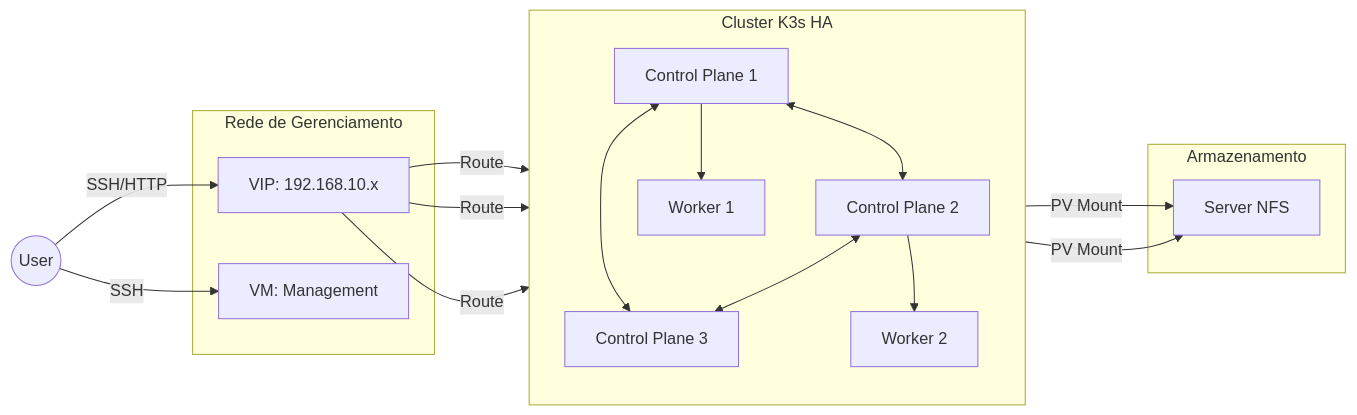
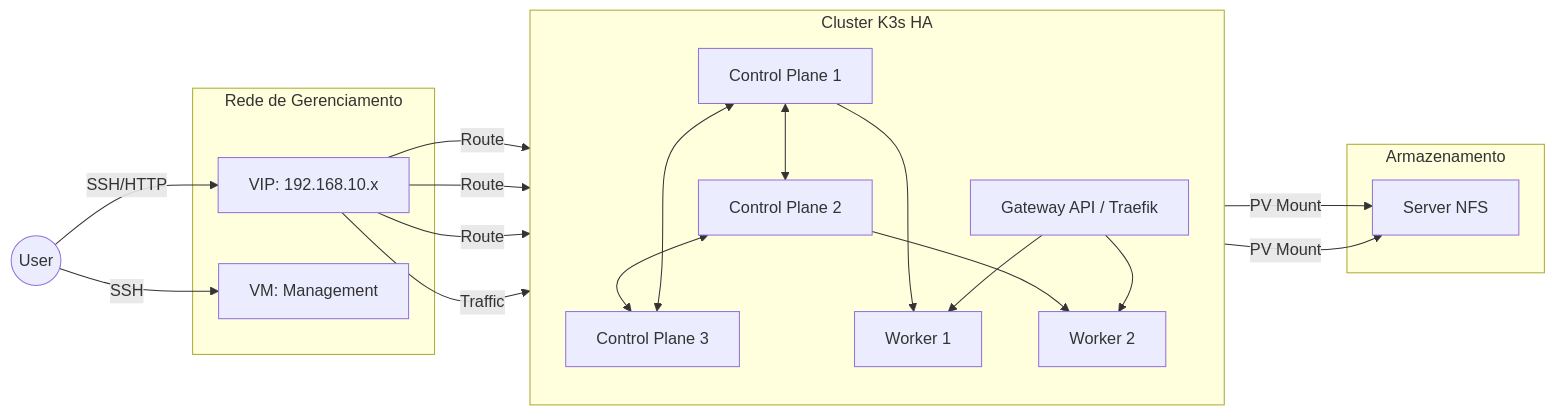
The diagram in scripts-k3s-kubernetes-v2/README.md (hugllaslima/proxmox-ve-automation), drawn with Mermaid before and after one commit. The commit also changed other lines of this file and 5 other files, not shown here.

````diff
--- a/scripts-k3s-kubernetes-v2/README.md
+++ b/scripts-k3s-kubernetes-v2/README.md
@@ -64,31 +64,35 @@
 ```mermaid
 graph LR
     User((User)) -->|SSH/HTTP| MetalLB
     User -->|SSH| Management
     
     subgraph Management_Net [Rede de Gerenciamento]
         Management[VM: Management]
         MetalLB[VIP: 192.168.10.x]
     end
 
     subgraph Cluster_K3s [Cluster K3s HA]
         direction TB
         CP1[Control Plane 1] <--> CP2[Control Plane 2]
         CP2 <--> CP3[Control Plane 3]
         CP3 <--> CP1
         
         MetalLB -->|Route| CP1
         MetalLB -->|Route| CP2
         MetalLB -->|Route| CP3
         
         CP1 --> Worker1[Worker 1]
         CP2 --> Worker2[Worker 2]
+        
+        Gateway[Gateway API / Traefik] --> Worker1
+        Gateway --> Worker2
+        MetalLB -->|Traffic| Gateway
     end
 
     subgraph Storage [Armazenamento]
         NFS[Server NFS]
     end
 
     Worker1 -->|PV Mount| NFS
     Worker2 -->|PV Mount| NFS
 ```
````
